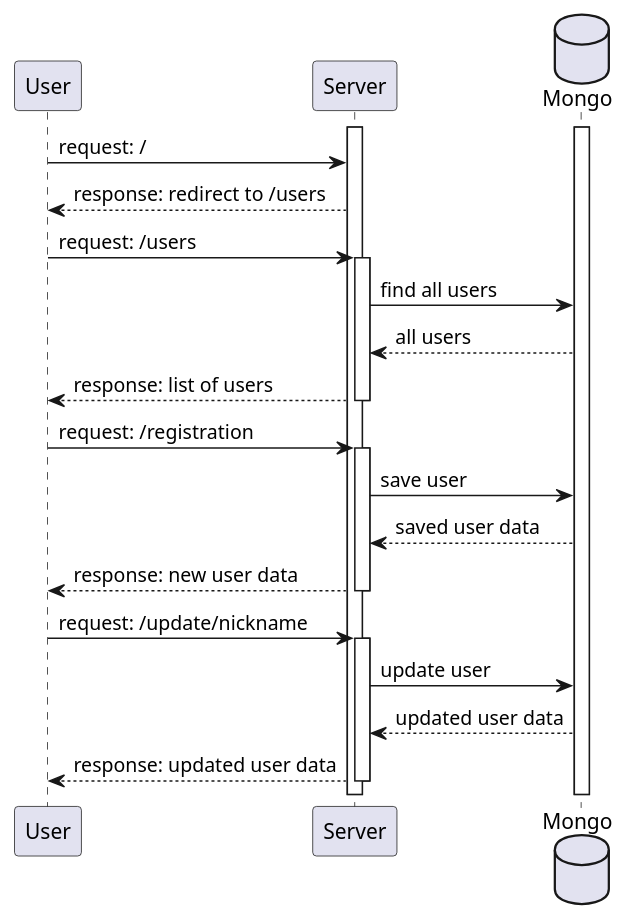
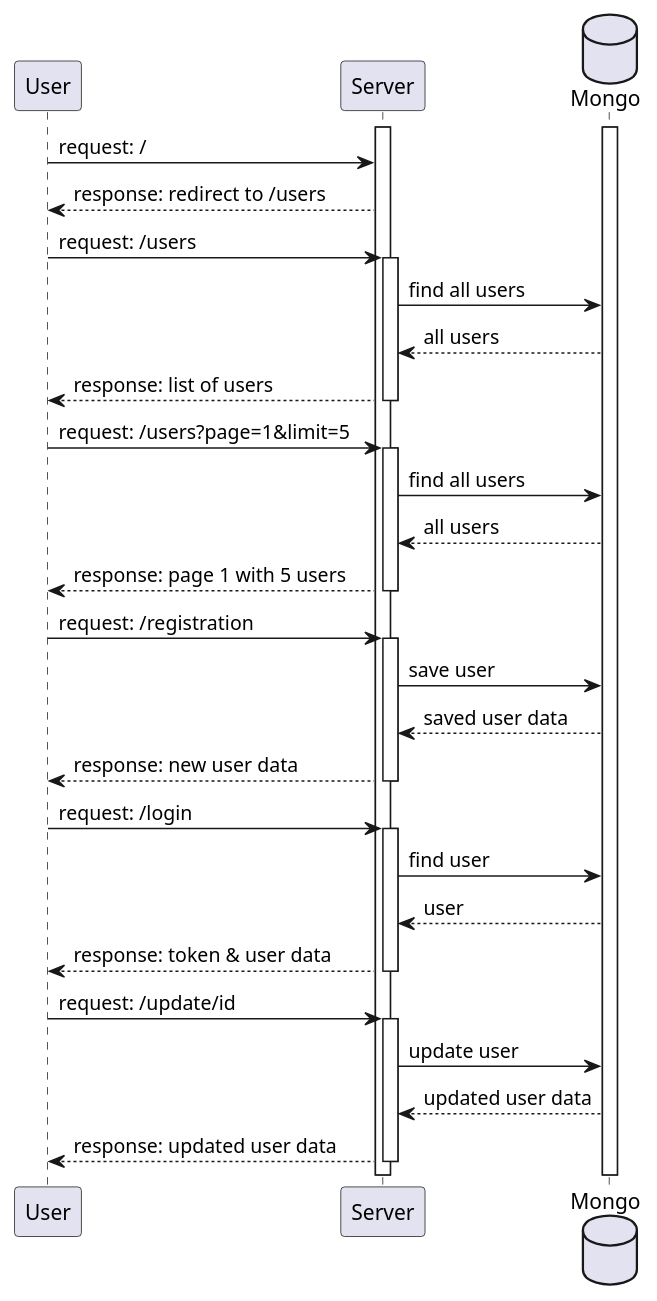
Before and after one commit to KhitrovMaksim/nodejs-user-management-with-headers: the diagram in doc/flows.puml, drawn with PlantUML. The commit also changed 12 other files, not shown here.

```diff
--- a/doc/flows.puml
+++ b/doc/flows.puml
@@ -1,27 +1,39 @@
 @startuml
 participant User   order 10
 participant Server order 30
 database    Mongo  order 40
 activate Server
 activate Mongo
 User -> Server : request: /
 Server --> User: response: redirect to /users
 User -> Server : request: /users
 activate Server
 Server -> Mongo : find all users
 Mongo --> Server : all users
 Server --> User: response: list of users
 deactivate Server
+User -> Server : request: /users?page=1&limit=5
+activate Server
+Server -> Mongo : find all users
+Mongo --> Server : all users
+Server --> User: response: page 1 with 5 users
+deactivate Server
 User -> Server : request: /registration
 activate Server
 Server -> Mongo : save user
 Mongo --> Server : saved user data
 Server --> User: response: new user data
 deactivate Server
-User -> Server : request: /update/nickname
+User -> Server : request: /login
+activate Server
+Server -> Mongo : find user
+Mongo --> Server :  user
+Server --> User: response: token & user data
+deactivate Server
+User -> Server : request: /update/id
 activate Server
 Server -> Mongo : update user
 Mongo --> Server : updated user data
 Server --> User: response: updated user data
 deactivate Server
 @enduml
```
